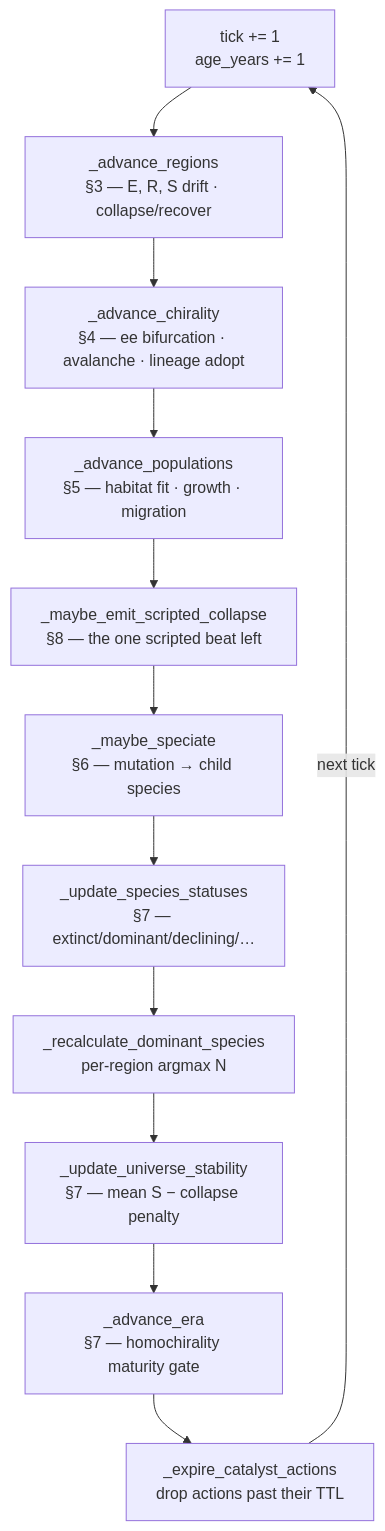
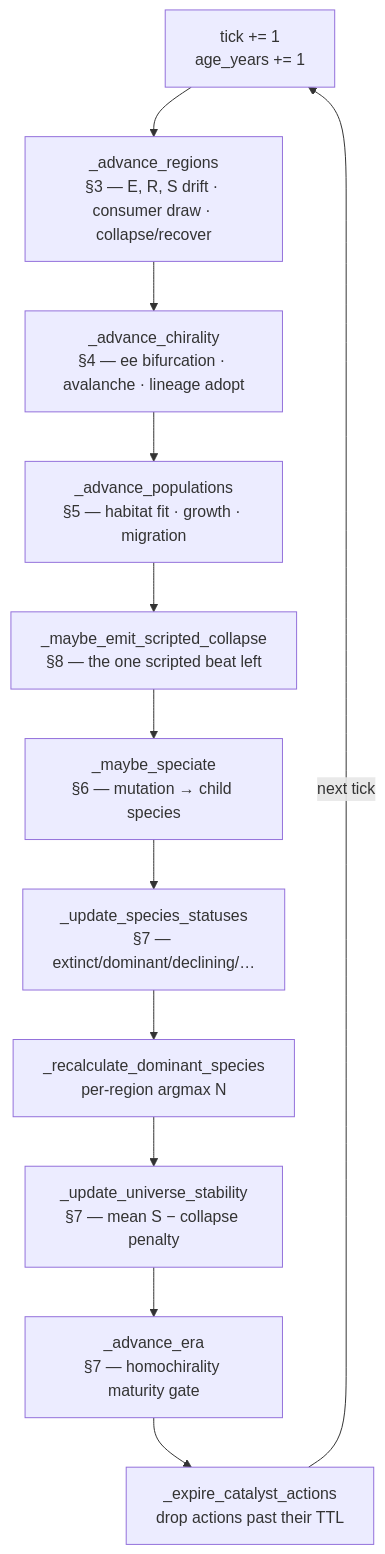
Before and after one commit to boraeresici/evoverse: the diagram in docs/SIMULATION_FLOW_AND_FORMULAS.md, drawn with Mermaid. The commit also changed other lines of this file and 5 other files, not shown here.

````diff
--- a/docs/SIMULATION_FLOW_AND_FORMULAS.md
+++ b/docs/SIMULATION_FLOW_AND_FORMULAS.md
@@ -55,14 +59,14 @@
 ```mermaid
 flowchart TD
-    A[tick += 1<br/>age_years += 1] --> B[_advance_regions<br/>§3 — E, R, S drift · collapse/recover]
-    B --> C[_advance_chirality<br/>§4 — ee bifurcation · avalanche · lineage adopt]
-    C --> D[_advance_populations<br/>§5 — habitat fit · growth · migration]
-    D --> E[_maybe_emit_scripted_collapse<br/>§8 — the one scripted beat left]
-    E --> F[_maybe_speciate<br/>§6 — mutation → child species]
-    F --> G[_update_species_statuses<br/>§7 — extinct/dominant/declining/…]
-    G --> H[_recalculate_dominant_species<br/>per-region argmax N]
-    H --> I[_update_universe_stability<br/>§7 — mean S − collapse penalty]
-    I --> J[_advance_era<br/>§7 — homochirality maturity gate]
-    J --> K[_expire_catalyst_actions<br/>drop actions past their TTL]
+    A["tick += 1<br/>age_years += 1"] --> B["_advance_regions<br/>§3 — E, R, S drift · consumer draw · collapse/recover"]
+    B --> C["_advance_chirality<br/>§4 — ee bifurcation · avalanche · lineage adopt"]
+    C --> D["_advance_populations<br/>§5 — habitat fit · growth · migration"]
+    D --> E["_maybe_emit_scripted_collapse<br/>§8 — the one scripted beat left"]
+    E --> F["_maybe_speciate<br/>§6 — mutation → child species"]
+    F --> G["_update_species_statuses<br/>§7 — extinct/dominant/declining/…"]
+    G --> H["_recalculate_dominant_species<br/>per-region argmax N"]
+    H --> I["_update_universe_stability<br/>§7 — mean S − collapse penalty"]
+    I --> J["_advance_era<br/>§7 — homochirality maturity gate"]
+    J --> K["_expire_catalyst_actions<br/>drop actions past their TTL"]
     K -->|next tick| A
 ```
````
